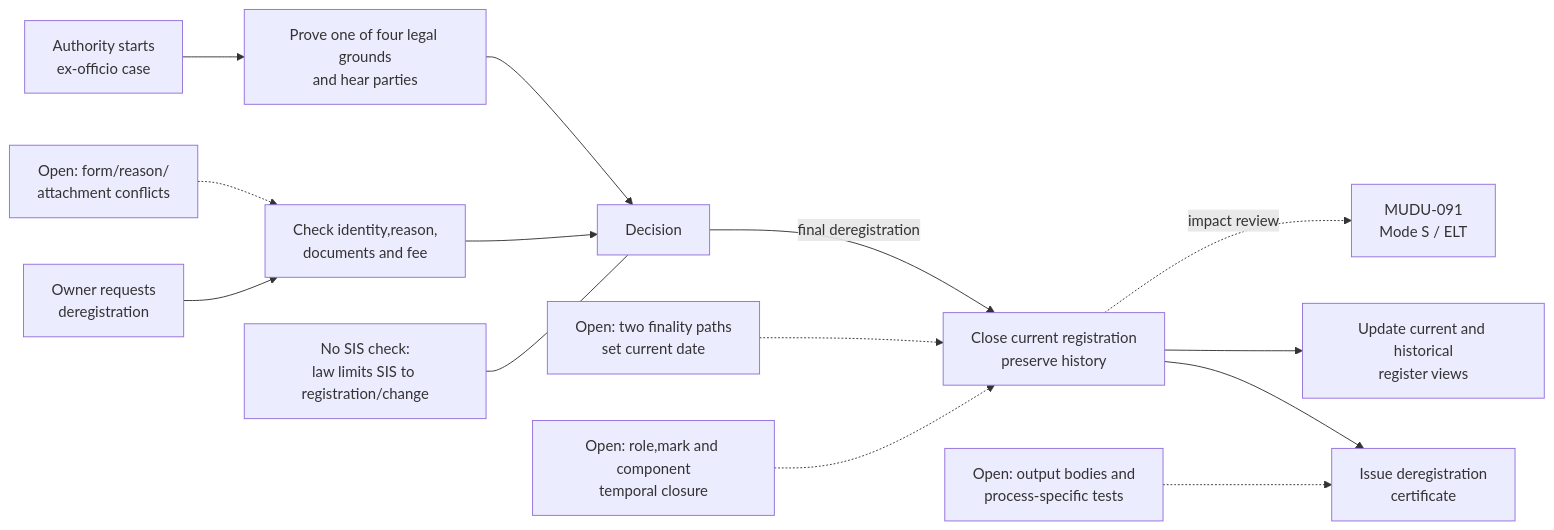
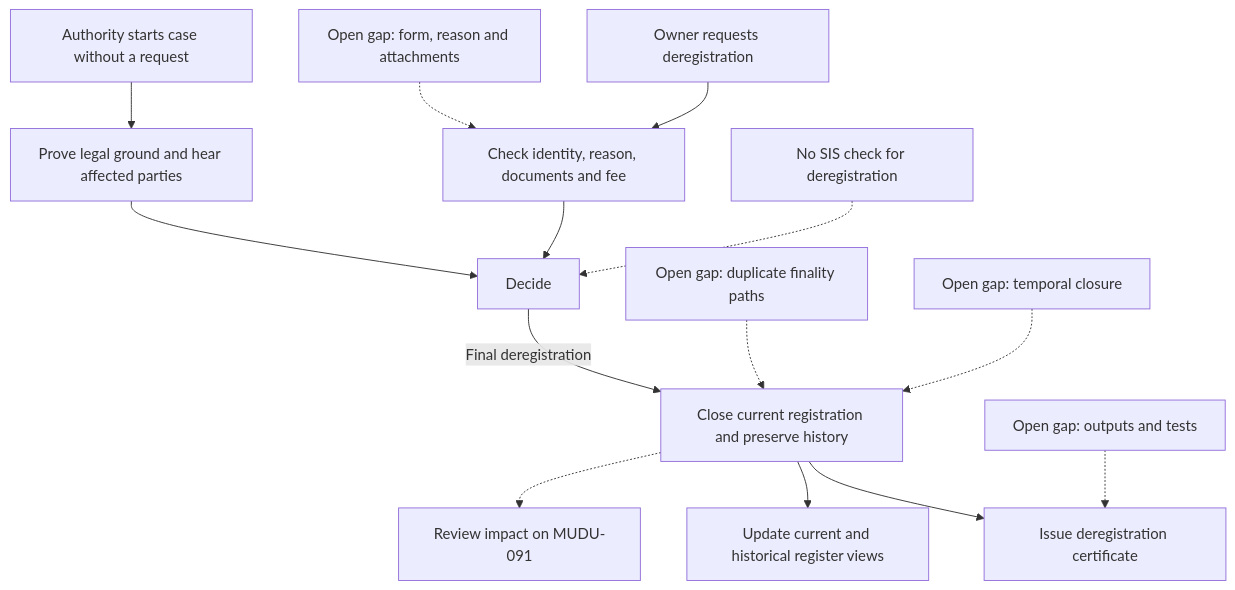
One commit to fixerivan/mudu-process-definition-standard changed the diagram in examples/MUDU-063/graph.md. Above: the diagram before and after it, drawn with Mermaid. The commit also changed 8 other files, not shown here.

Commit message:
fix visual graphs and generalize LLM skill

````diff
--- a/examples/MUDU-063/graph.md
+++ b/examples/MUDU-063/graph.md
@@ -5,17 +5,16 @@
 ```mermaid
-flowchart LR
-    A1[Owner requests<br/>deregistration] --> B[Check identity,reason,<br/>documents and fee]
-    A2[Authority starts<br/>ex-officio case] --> B2[Prove one of four legal grounds<br/>and hear parties]
-    B --> C[Decision]
+graph TD
+    A1["Owner requests deregistration"] --> B["Check identity, reason, documents and fee"]
+    A2["Authority starts case without a request"] --> B2["Prove legal ground and hear affected parties"]
+    B --> C["Decide"]
     B2 --> C
-    C -->|final deregistration| D[Close current registration<br/>preserve history]
-    D --> E[Issue deregistration<br/>certificate]
-    D --> F[Update current and historical<br/>register views]
-    D -. impact review .-> M91[MUDU-091<br/>Mode S / ELT]
-
-    N[No SIS check:<br/>law limits SIS to registration/change] --- C
-    G1[Open: form/reason/<br/>attachment conflicts] -.-> B
-    G2[Open: two finality paths<br/>set current date] -.-> D
-    G3[Open: role,mark and component<br/>temporal closure] -.-> D
-    G4[Open: output bodies and<br/>process-specific tests] -.-> E
+    C -->|Final deregistration| D["Close current registration and preserve history"]
+    D --> E["Issue deregistration certificate"]
+    D --> F["Update current and historical register views"]
+    D -.-> M91["Review impact on MUDU-091"]
+    N["No SIS check for deregistration"] -.-> C
+    G1["Open gap: form, reason and attachments"] -.-> B
+    G2["Open gap: duplicate finality paths"] -.-> D
+    G3["Open gap: temporal closure"] -.-> D
+    G4["Open gap: outputs and tests"] -.-> E
 ```
````
